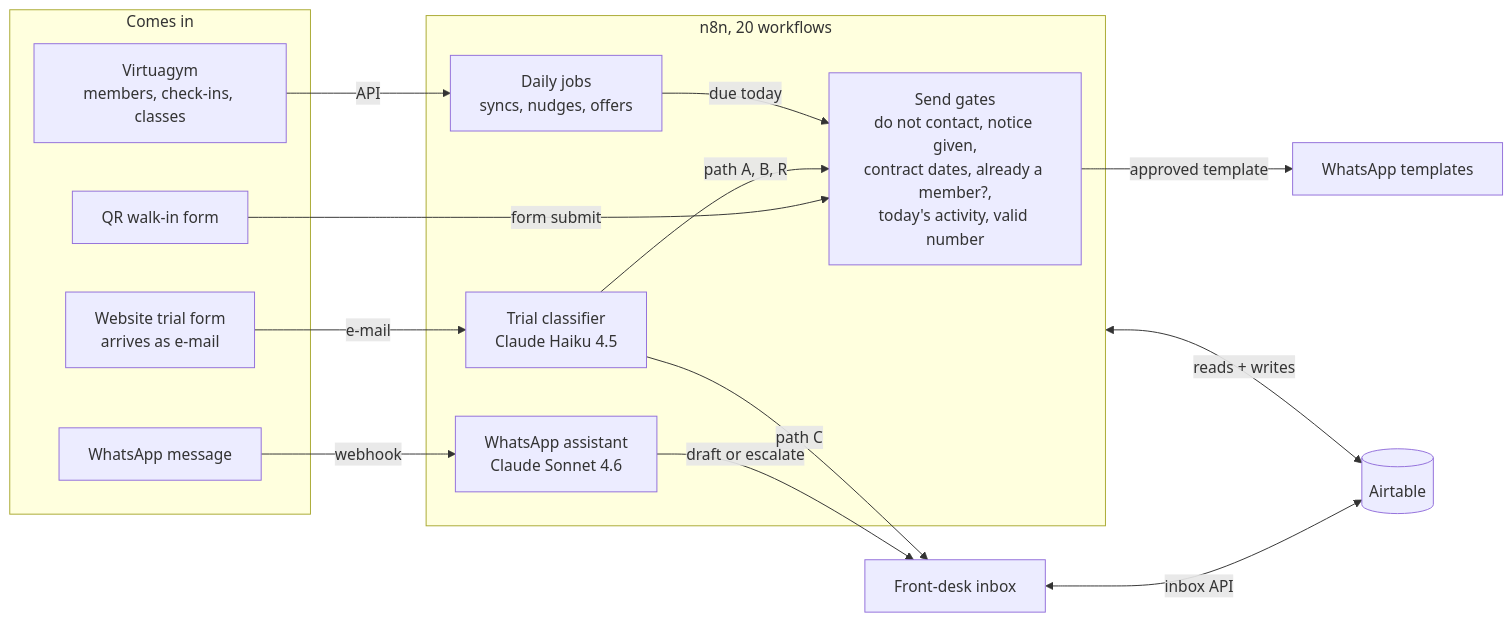
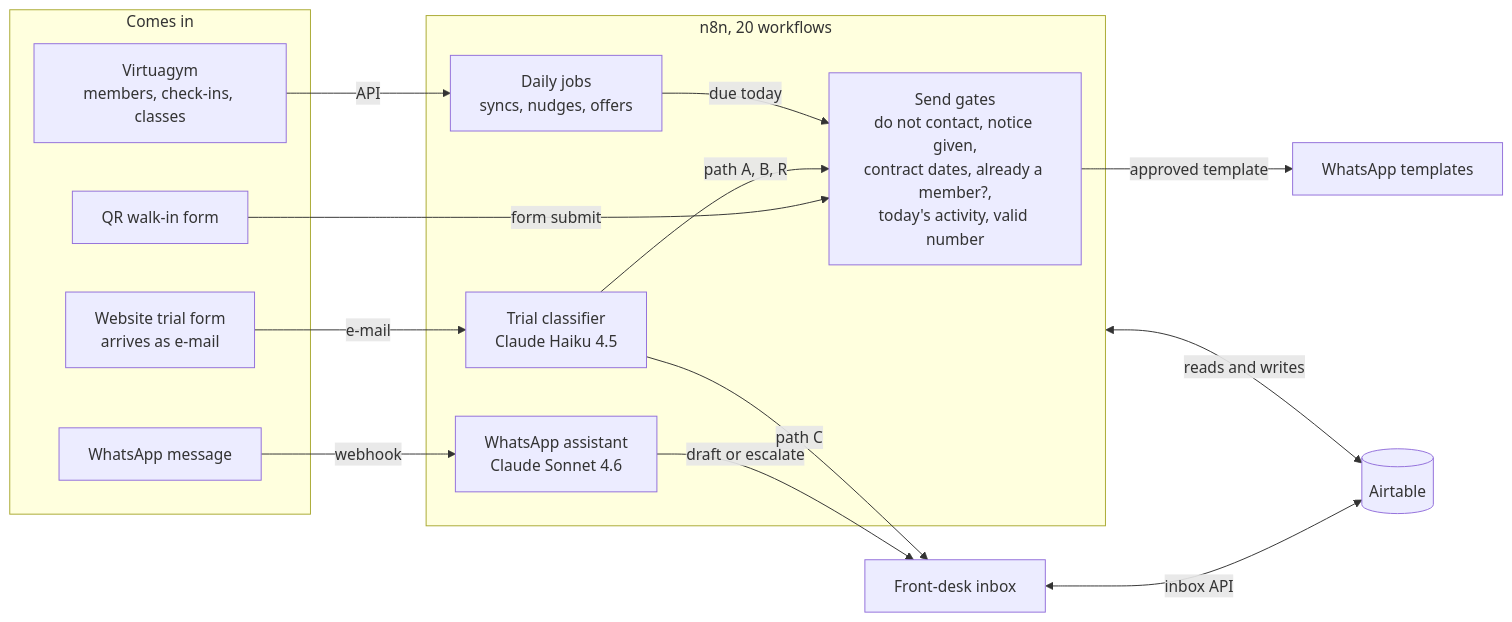
The first of 3 diagrams in docs/architecture.md (Anditon/mac-whatsapp-agents), drawn with Mermaid before and after one commit. The commit also changed 4 other files, not shown here.

````diff
--- a/docs/architecture.md
+++ b/docs/architecture.md
@@ -7,26 +7,26 @@
 ```mermaid
 flowchart LR
   subgraph IN[Comes in]
     F[Website trial form<br/>arrives as e-mail]
     Q[QR walk-in form]
     V[Virtuagym<br/>members, check-ins, classes]
     W[WhatsApp message]
   end
   subgraph N8N[n8n, 20 workflows]
     CL[Trial classifier<br/>Claude Haiku 4.5]
     J[Daily jobs<br/>syncs, nudges, offers]
     AS[WhatsApp assistant<br/>Claude Sonnet 4.6]
     G[Send gates<br/>do not contact, notice given,<br/>contract dates, already a member?,<br/>today's activity, valid number]
   end
   F -- e-mail --> CL
   Q -- form submit --> G
   V -- API --> J
   W -- webhook --> AS
   CL -- path A, B, R --> G
   J -- due today --> G
   G -- approved template --> T[WhatsApp templates]
   AS -- draft or escalate --> I[Front-desk inbox]
   CL -- path C --> I
-  N8N <-- reads + writes --> AT[(Airtable)]
-  I <-- inbox API --> AT
+  N8N <-->|reads and writes| AT[(Airtable)]
+  I <-->|inbox API| AT
 ```
````
